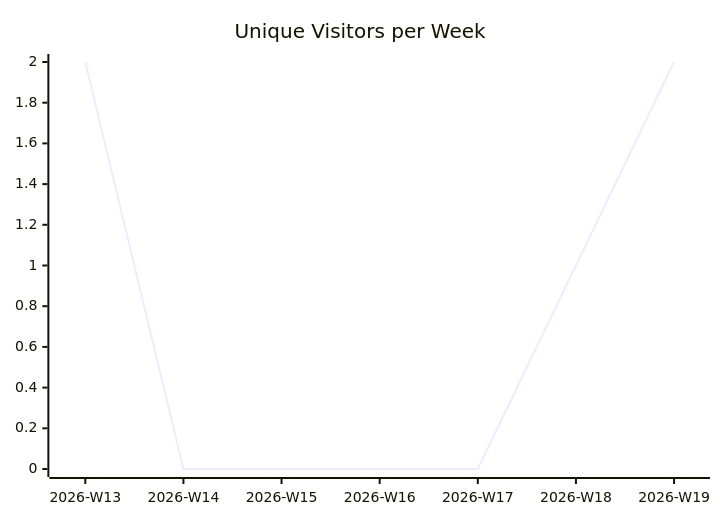
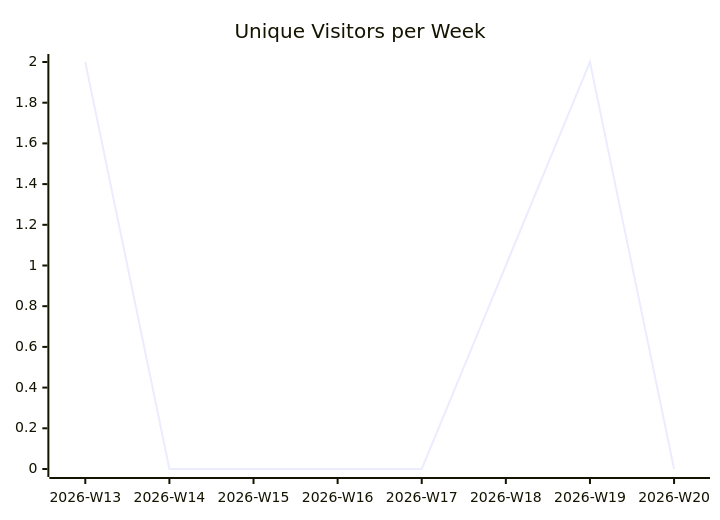
One commit to justdavis-family/github-analytics-data changed the first of 3 diagrams in karlmdavis/kxml2/README.md. Above: the diagram before and after it, drawn with Mermaid. The commit also changed other lines of this file and 176 other files, not shown here.

````diff
--- a/karlmdavis/kxml2/README.md
+++ b/karlmdavis/kxml2/README.md
@@ -5,6 +5,6 @@
 ```mermaid
 xychart-beta
   title "Unique Visitors per Week"
-  x-axis ["2026-W13", "2026-W14", "2026-W15", "2026-W16", "2026-W17", "2026-W18", "2026-W19"]
-  line [2, 0, 0, 0, 0, 1, 2]
+  x-axis ["2026-W13", "2026-W14", "2026-W15", "2026-W16", "2026-W17", "2026-W18", "2026-W19", "2026-W20"]
+  line [2, 0, 0, 0, 0, 1, 2, 0]
 ```
````
